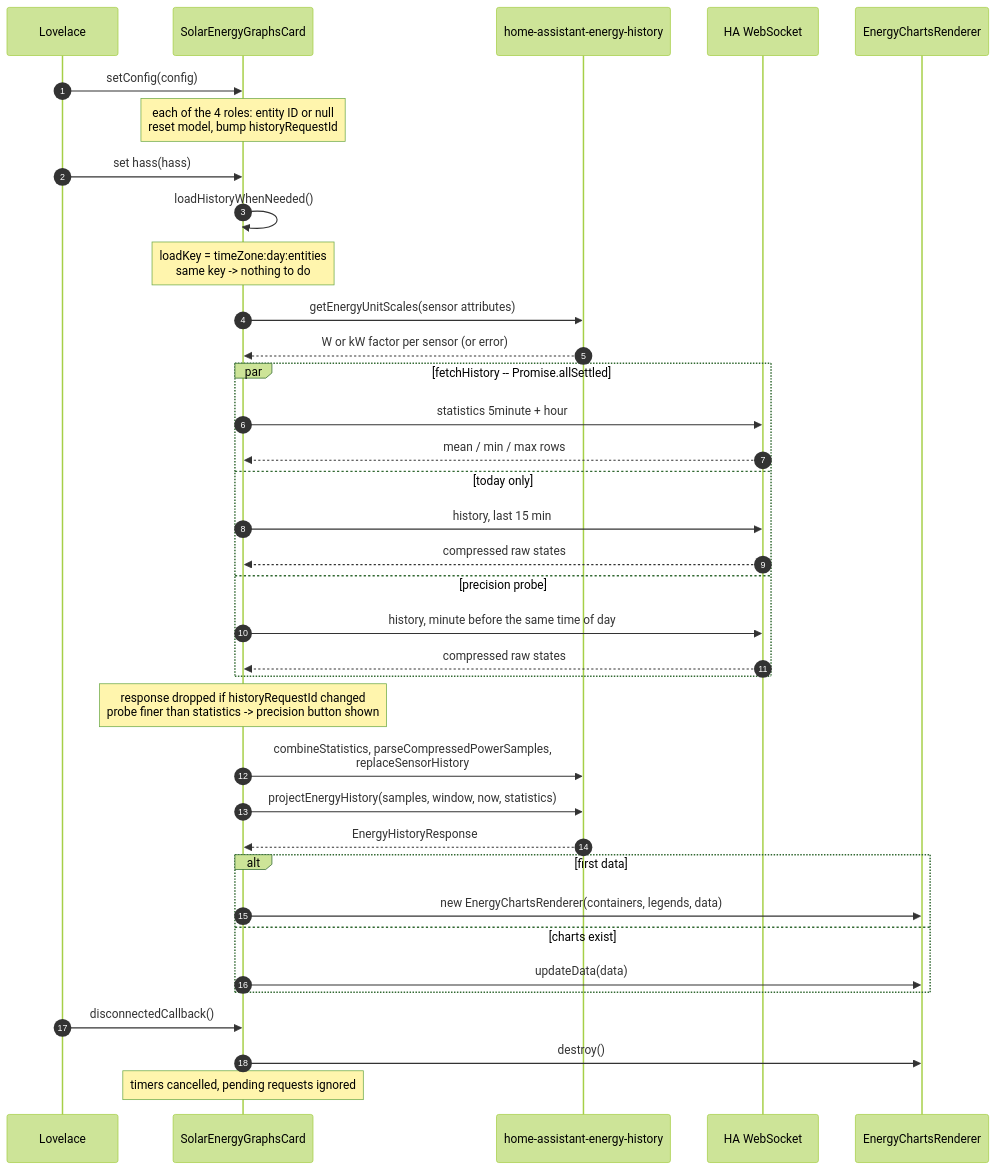
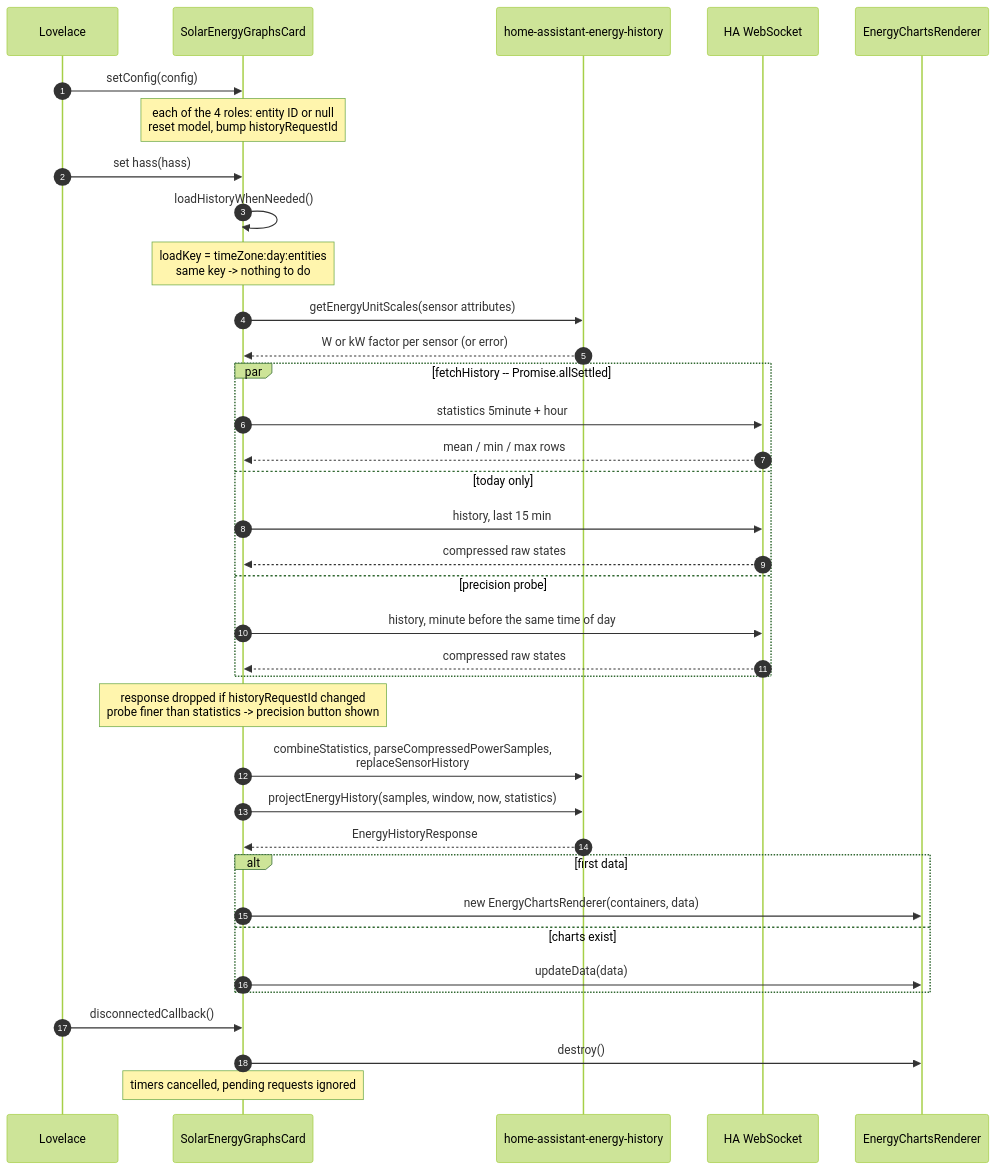
The diagram in docs/diagrams/lifecycle.mmd (XavierBerger/Solar-Energy-Graphs-Card), drawn with Mermaid (forest theme) before and after one commit. The commit also changed 3 other files, not shown here.

First line of the commit message:
docs: describe the legend inside the top graph

```diff
--- a/docs/diagrams/lifecycle.mmd
+++ b/docs/diagrams/lifecycle.mmd
@@ -1,37 +1,37 @@
 sequenceDiagram
   autonumber
   participant L as Lovelace
   participant C as SolarEnergyGraphsCard
   participant H as home-assistant-energy-history
   participant WS as HA WebSocket
   participant R as EnergyChartsRenderer
 
   L->>C: setConfig(config)
   Note over C: each of the 4 roles: entity ID or null<br/>reset model, bump historyRequestId
   L->>C: set hass(hass)
   C->>C: loadHistoryWhenNeeded()
   Note over C: loadKey = timeZone:day:entities<br/>same key -> nothing to do
   C->>H: getEnergyUnitScales(sensor attributes)
   H-->>C: W or kW factor per sensor (or error)
   par fetchHistory -- Promise.allSettled
     C->>WS: statistics 5minute + hour
     WS-->>C: mean / min / max rows
   and today only
     C->>WS: history, last 15 min
     WS-->>C: compressed raw states
   and precision probe
     C->>WS: history, minute before the same time of day
     WS-->>C: compressed raw states
   end
   Note over C: response dropped if historyRequestId changed<br/>probe finer than statistics -> precision button shown
   C->>H: combineStatistics, parseCompressedPowerSamples,<br/>replaceSensorHistory
   C->>H: projectEnergyHistory(samples, window, now, statistics)
   H-->>C: EnergyHistoryResponse
   alt first data
-    C->>R: new EnergyChartsRenderer(containers, legends, data)
+    C->>R: new EnergyChartsRenderer(containers, data)
   else charts exist
     C->>R: updateData(data)
   end
   L->>C: disconnectedCallback()
   C->>R: destroy()
   Note over C: timers cancelled, pending requests ignored
```
